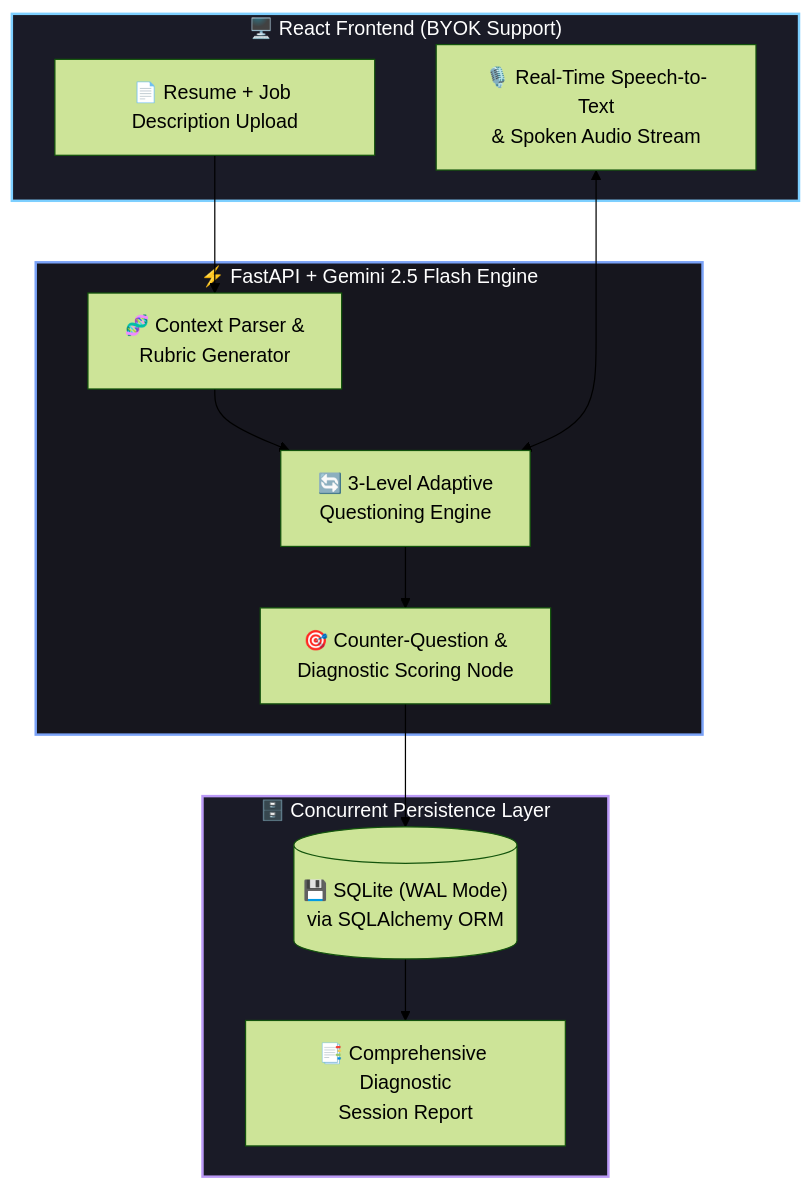
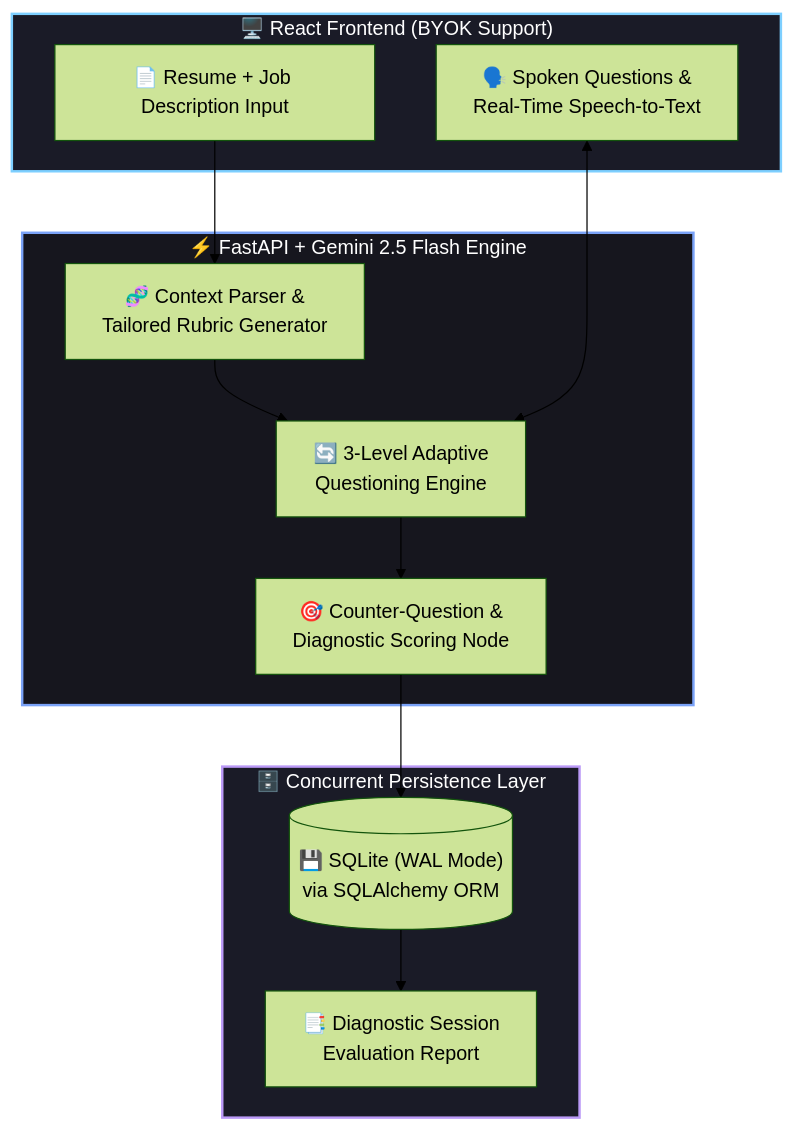
One commit to adarsh-dubey-gthb/adarsh-dubey-gthb changed the second of 3 diagrams in README.md. Above: the diagram before and after it, drawn with Mermaid (forest theme). The commit also changed other lines of this file, not shown here.

````diff
--- a/README.md
+++ b/README.md
@@ -96,28 +106,27 @@
 ```mermaid
 flowchart TD
     subgraph Client["🖥️ React Frontend (BYOK Support)"]
-        U1["📄 Resume + Job Description Upload"]
-        U2["🎙️ Real-Time Speech-to-Text<br/>& Spoken Audio Stream"]
+        U1["📄 Resume + Job Description Input"]
+        U2["🗣️ Spoken Questions &<br/>Real-Time Speech-to-Text"]
     end
 
     subgraph Backend["⚡ FastAPI + Gemini 2.5 Flash Engine"]
-        E1["🧬 Context Parser &<br/>Rubric Generator"]
+        E1["🧬 Context Parser &<br/>Tailored Rubric Generator"]
         E2["🔄 3-Level Adaptive<br/>Questioning Engine"]
         E3["🎯 Counter-Question &<br/>Diagnostic Scoring Node"]
         E1 --> E2 --> E3
     end
 
     subgraph Storage["🗄️ Concurrent Persistence Layer"]
         S1[("💾 SQLite (WAL Mode)<br/>via SQLAlchemy ORM")]
-        S2["📑 Comprehensive Diagnostic<br/>Session Report"]
+        S2["📑 Diagnostic Session<br/>Evaluation Report"]
     end
 
     U1 --> E1
     U2 <--> E2
     E3 --> S1 --> S2
 
     style Client fill:#1a1b27,stroke:#7dcfff,stroke-width:2px,color:#fff
     style Backend fill:#16161e,stroke:#7aa2f7,stroke-width:2px,color:#fff
     style Storage fill:#1a1b27,stroke:#bb9af7,stroke-width:2px,color:#fff
-
 ```
````
